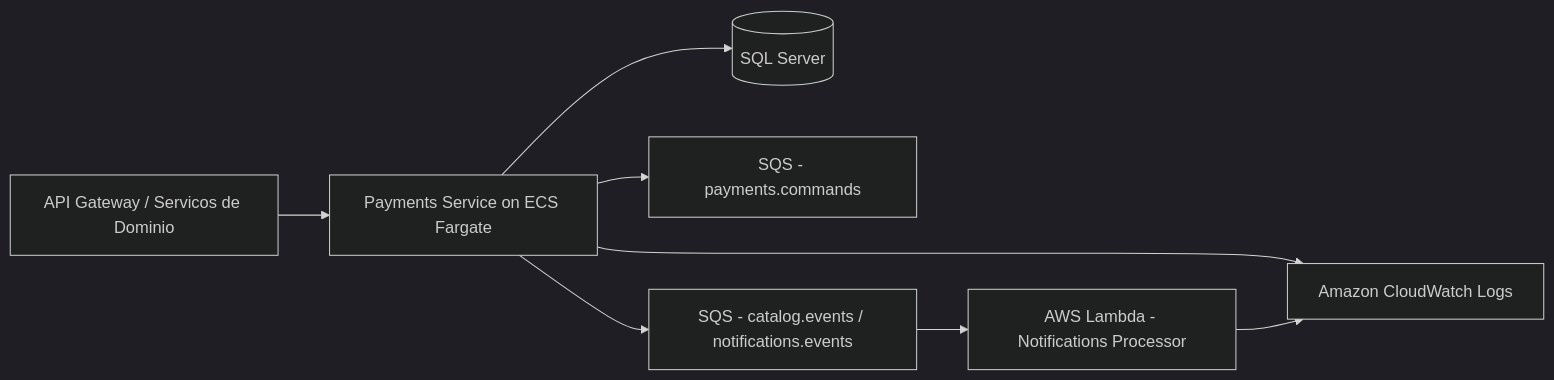
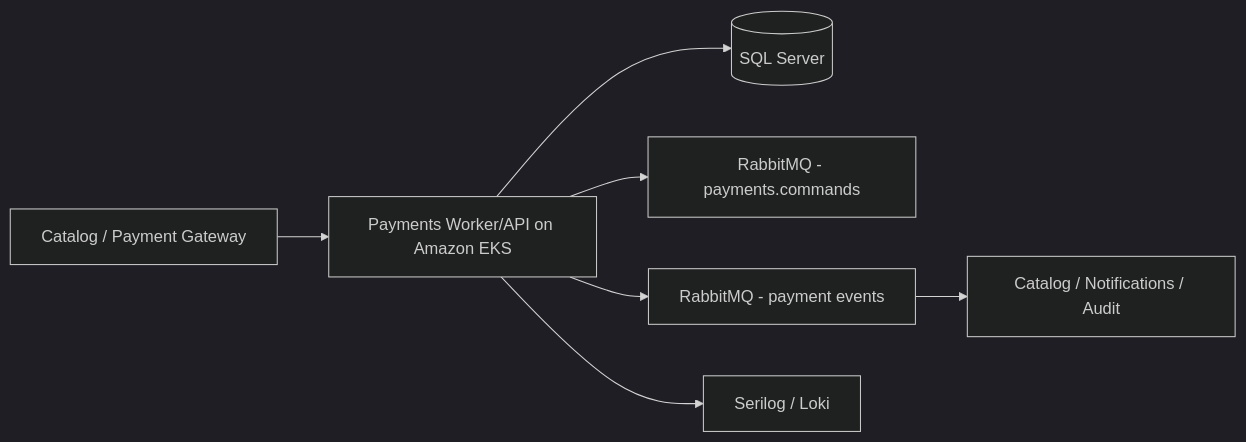
Before and after one commit to louresb/cloud-games-fase-4-payments: the first of 5 diagrams in README.md, drawn with Mermaid (dark theme). The commit also changed other lines of this file and 5 other files, not shown here.

Commit message:
Fix payment Lambda validation and documentation

````diff
--- a/README.md
+++ b/README.md
@@ -40,10 +38,9 @@
 ```mermaid
 flowchart LR
-    Client[API Gateway / Servicos de Dominio] --> ECS[Payments Service on ECS Fargate]
-    ECS --> SQL[(SQL Server)]
-    ECS --> SQS_CMD[SQS - payments.commands]
-    ECS --> SQS_EVT[SQS - catalog.events / notifications.events]
-    SQS_EVT --> LAMBDA[AWS Lambda - Notifications Processor]
-    ECS --> CW[Amazon CloudWatch Logs]
-    LAMBDA --> CW
+    Client[Catalog / Payment Gateway] --> EKS[Payments Worker/API on Amazon EKS]
+    EKS --> SQL[(SQL Server)]
+    EKS --> MQ_CMD[RabbitMQ - payments.commands]
+    EKS --> MQ_EVT[RabbitMQ - payment events]
+    MQ_EVT --> Consumers[Catalog / Notifications / Audit]
+    EKS --> Logs[Serilog / Loki]
 ```
````
